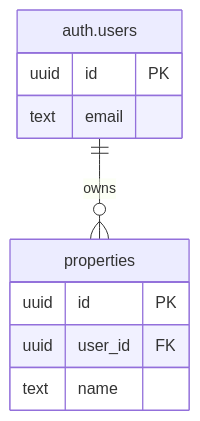
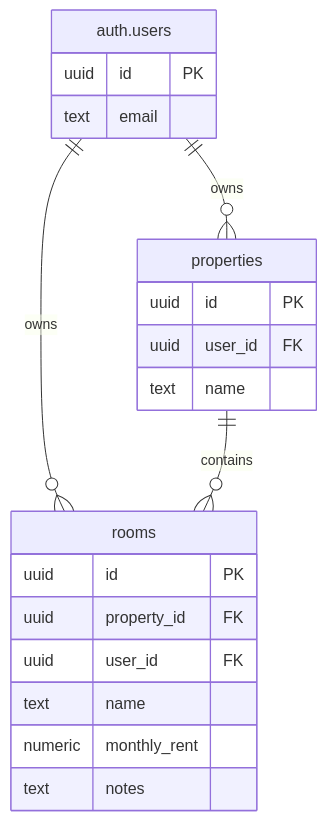
One commit to anminhtri/lumo-collab changed the diagram in docs/database.md. Above: the diagram before and after it, drawn with Mermaid. The commit also changed other lines of this file and 1 other file, not shown here.

Commit message:
feat: add rooms table migration and schema documentation (#159)

````diff
--- a/docs/database.md
+++ b/docs/database.md
@@ -9,13 +9,23 @@
 ```mermaid
 erDiagram
     "auth.users" ||--o{ properties : "owns"
+    "auth.users" ||--o{ rooms : "owns"
+    properties ||--o{ rooms : "contains"
     "auth.users" {
         uuid id PK
         text email
     }
     properties {
         uuid id PK
         uuid user_id FK
         text name
     }
+    rooms {
+        uuid id PK
+        uuid property_id FK
+        uuid user_id FK
+        text name
+        numeric monthly_rent
+        text notes
+    }
 ```
````
